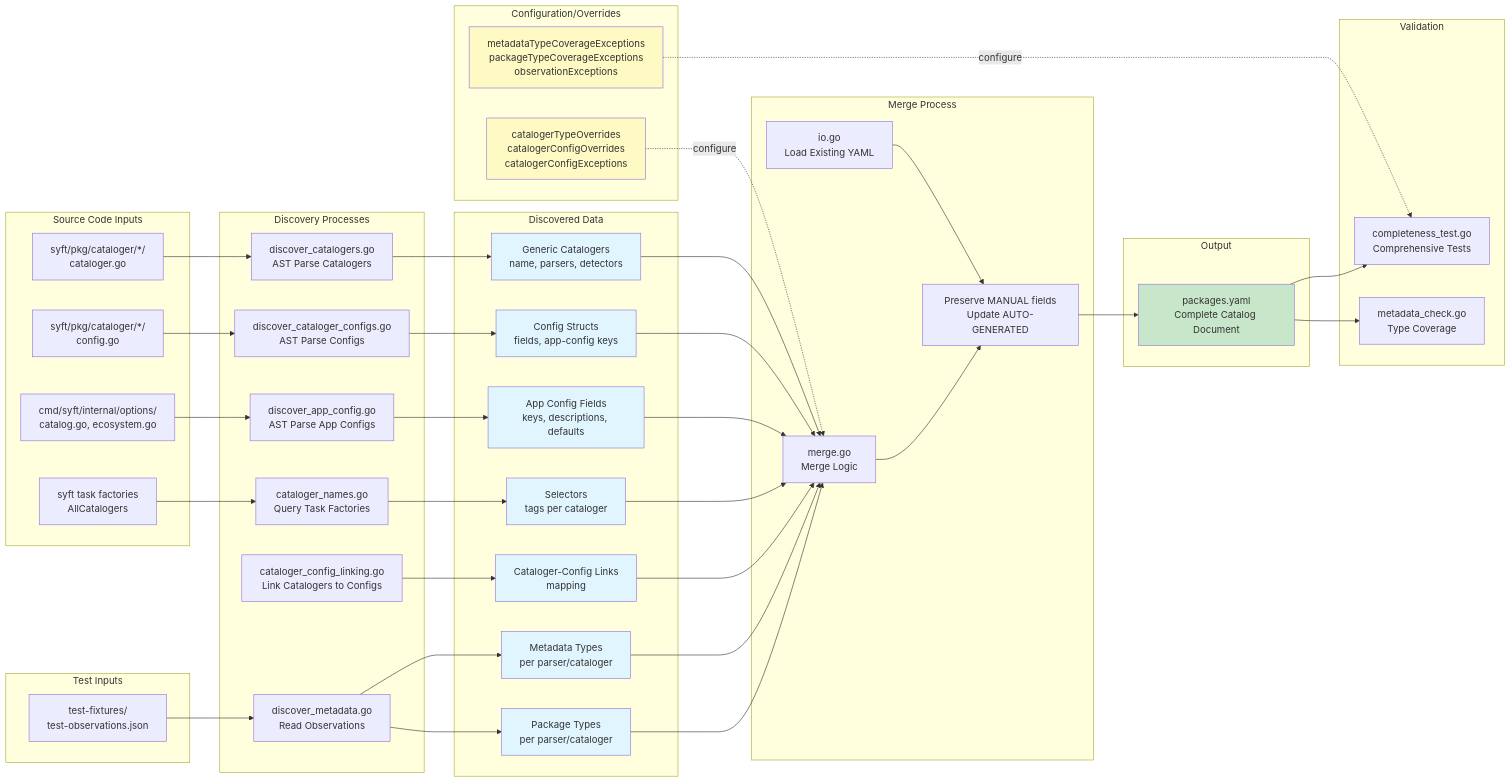
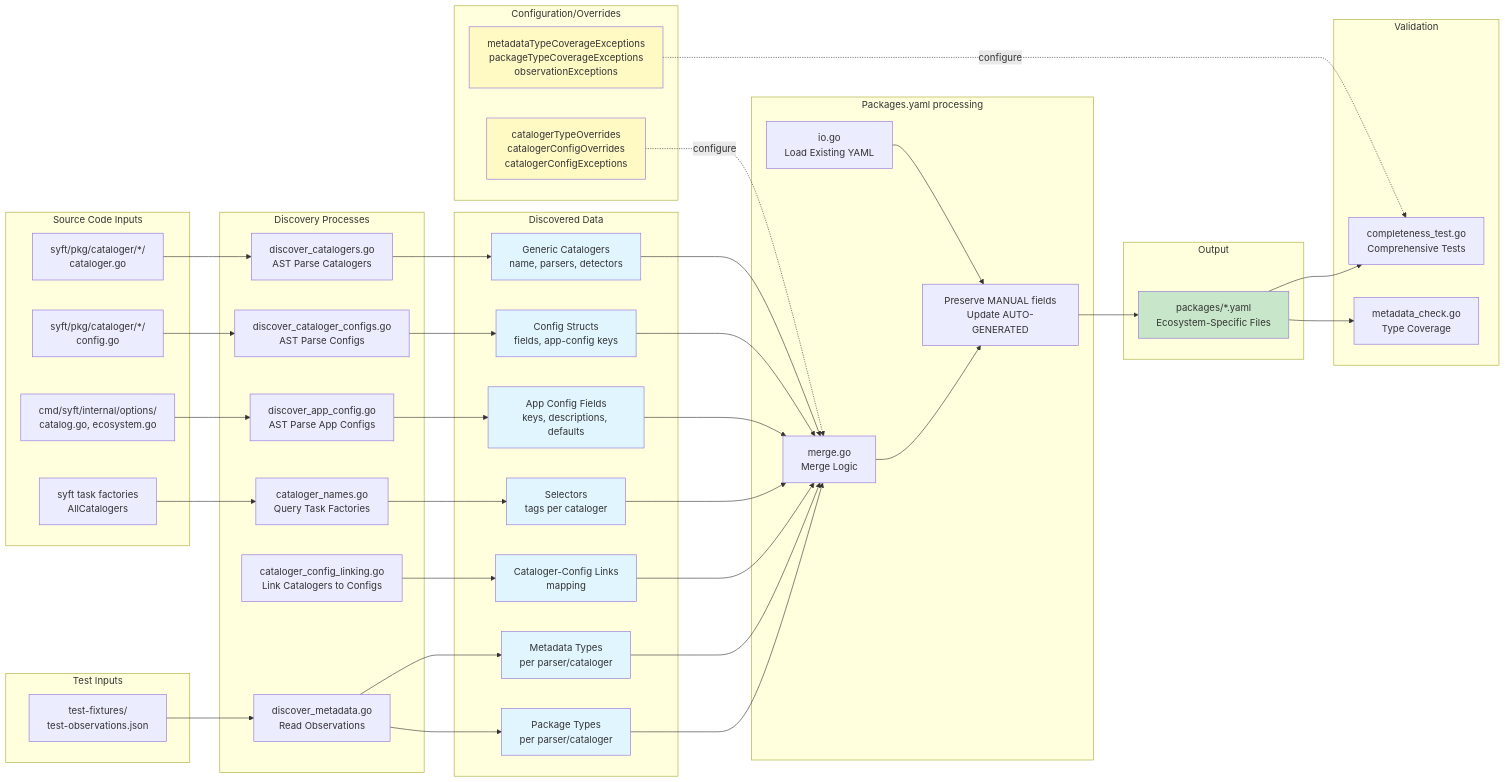
The diagram in internal/capabilities/generate/README.md (anchore/syft), drawn with Mermaid before and after one commit. The commit also changed other lines of this file and 6 other files, not shown here.

```diff
--- a/internal/capabilities/generate/README.md
+++ b/internal/capabilities/generate/README.md
@@ -76,14 +76,14 @@
         E1[catalogerTypeOverrides<br/>catalogerConfigOverrides<br/>catalogerConfigExceptions]
     end
 
-    subgraph "Merge Process"
+    subgraph "Packages.yaml processing"
         F1[io.go<br/>Load Existing YAML]
         F2[merge.go<br/>Merge Logic]
         F3[Preserve MANUAL fields<br/>Update AUTO-GENERATED]
     end
 
     subgraph "Output"
-        G1[packages.yaml<br/>Complete Catalog Document]
+        G1[packages/*.yaml<br/>Ecosystem-Specific Files]
     end
 
     subgraph "Validation"
```
